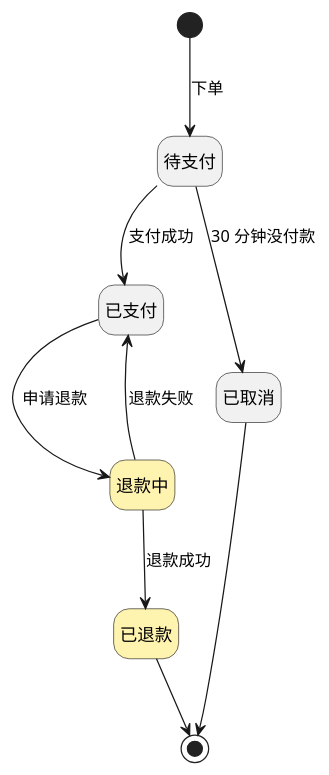
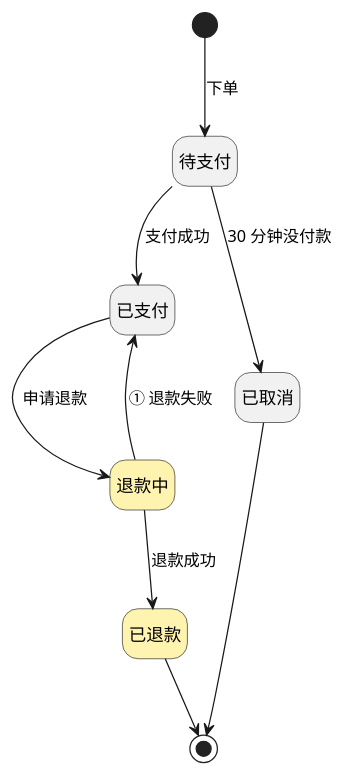
The fourth of 6 diagrams in assets/claude-template/skills/dev-clarify/references/功能点配图.md (smdnkB/cgraphx), drawn with PlantUML before and after one commit. The commit also changed other lines of this file and 8 other files, not shown here.

First line of the commit message:
fix(skills): 按审查修功能点配图——样例图+编号规则+讨论稿接着改+测试从图派生

````diff
--- a/assets/claude-template/skills/dev-clarify/references/功能点配图.md
+++ b/assets/claude-template/skills/dev-clarify/references/功能点配图.md
@@ -264,27 +273,27 @@
 ```plantuml
 @startuml
 skinparam backgroundColor #FFFFFF
 skinparam state {
   BackgroundColor #F1F1F1
   BorderColor #181818
   FontColor #000000
   ArrowColor #181818
 }
 hide empty description
 
 state "待支付" as S1
 state "已支付" as S2
 state "退款中" as S3 #FFF3B0
 state "已退款" as S4 #FFF3B0
 state "已取消" as S5
 
 [*] --> S1 : 下单
 S1 --> S2 : 支付成功
 S1 --> S5 : 30 分钟没付款
 S2 --> S3 : 申请退款
 S3 --> S4 : 退款成功
-S3 --> S2 : 退款失败
+S3 --> S2 : ① 退款失败
 S4 --> [*]
 S5 --> [*]
 @enduml
 ```
````
